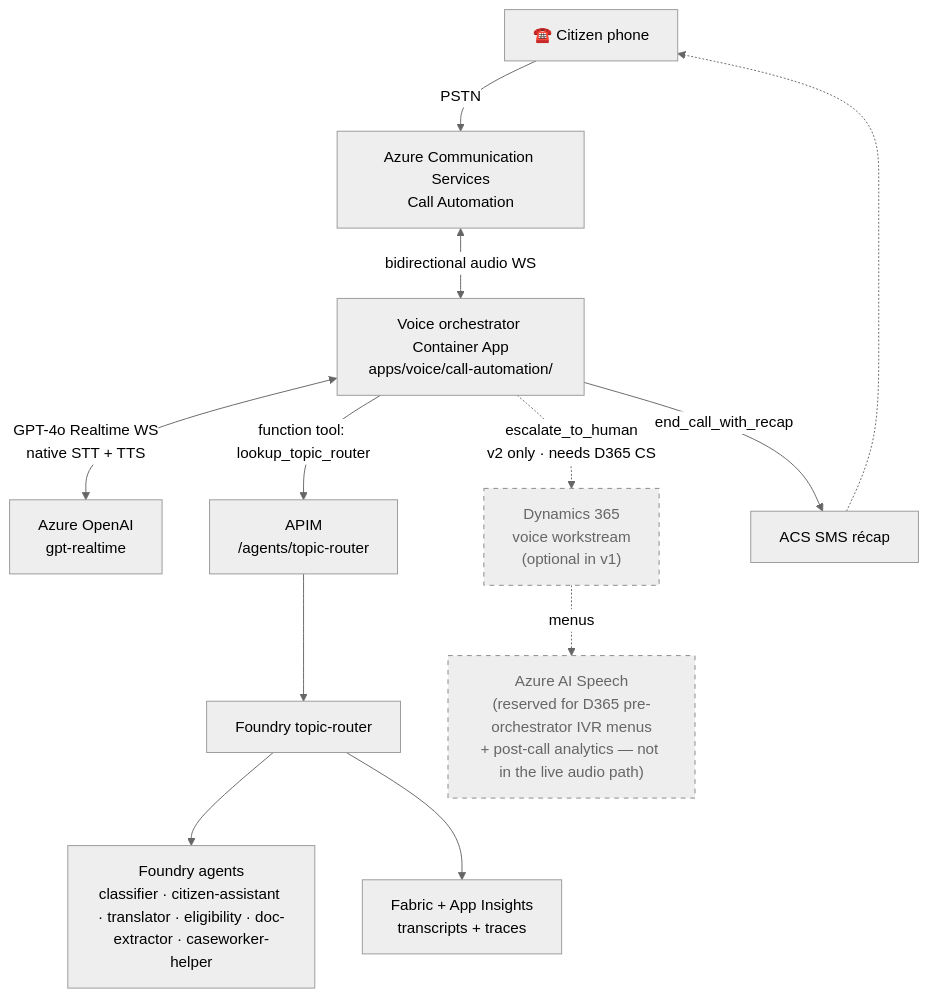
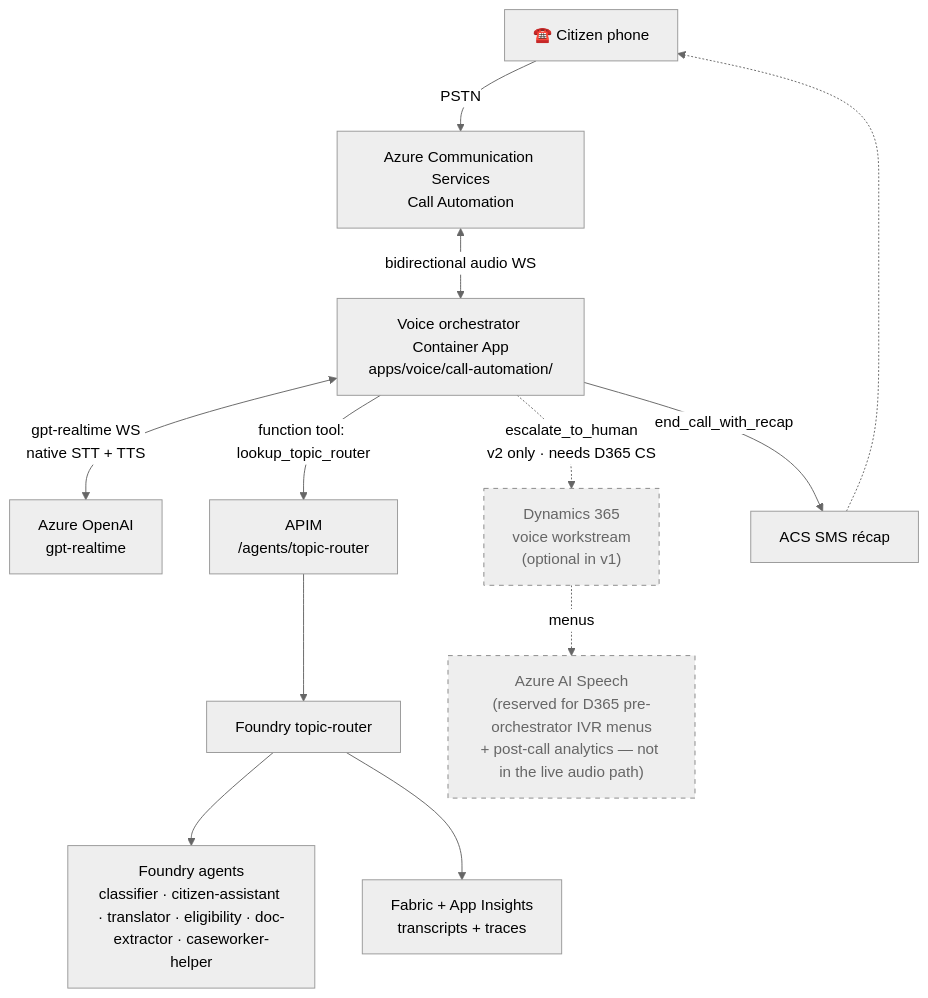
One commit to fredgis/UDCSP changed the first of 6 diagrams in docs/biz/voice.md. Above: the diagram before and after it, drawn with Mermaid (neutral theme). The commit also changed other lines of this file and 9 other files, not shown here.

First line of the commit message:
docs: standardise on 'gpt-realtime' (drop 'GPT-4o Realtime' branding)

````diff
--- a/docs/biz/voice.md
+++ b/docs/biz/voice.md
@@ -74,17 +74,17 @@
 ```mermaid
 flowchart TB
     PHONE["☎️ Citizen phone"] -->|PSTN| ACS["Azure Communication Services<br/>Call Automation"]
     ACS <-->|bidirectional audio WS| ORCH["Voice orchestrator Container App<br/>apps/voice/call-automation/"]
-    ORCH <-->|GPT-4o Realtime WS<br/>native STT + TTS| GPTRT["Azure OpenAI<br/>gpt-realtime"]
+    ORCH <-->|gpt-realtime WS<br/>native STT + TTS| GPTRT["Azure OpenAI<br/>gpt-realtime"]
     ORCH -->|function tool: lookup_topic_router| APIM["APIM<br/>/agents/topic-router"]
     APIM --> ROUTER["Foundry topic-router"]
     ROUTER --> FOUNDRY["Foundry agents<br/>classifier · citizen-assistant · translator · eligibility · doc-extractor · caseworker-helper"]
     ORCH -.->|escalate_to_human<br/>v2 only · needs D365 CS| D365["Dynamics 365<br/>voice workstream<br/>(optional in v1)"]
     ROUTER --> FABRIC["Fabric + App Insights<br/>transcripts + traces"]
     ORCH -->|end_call_with_recap| ACSOUT["ACS SMS récap"]
     ACSOUT -.-> PHONE
     SPEECH["Azure AI Speech<br/>(reserved for D365 pre-orchestrator IVR menus<br/>+ post-call analytics — not in the live audio path)"]
     D365 -. menus .-> SPEECH
     classDef v2 stroke-dasharray:5 5,stroke:#888,color:#666
     class D365,SPEECH v2
 ```
````
